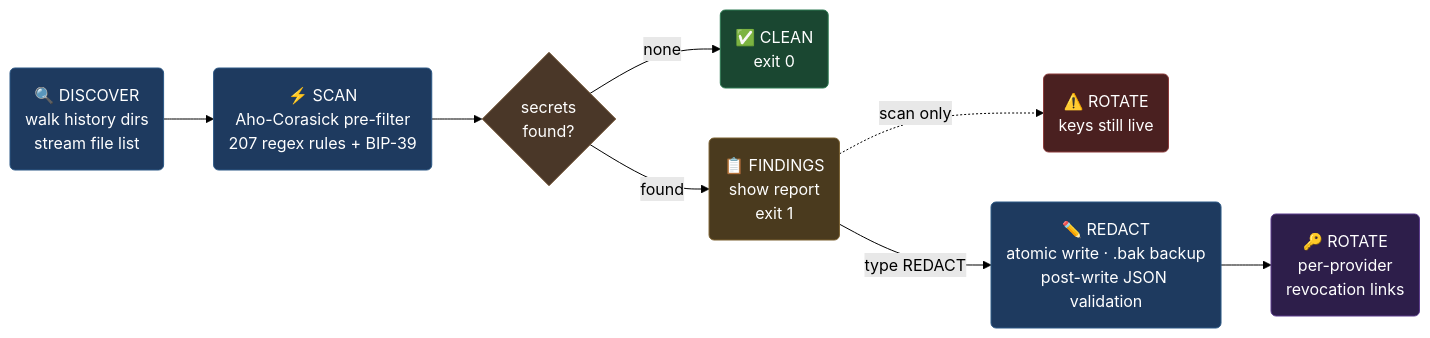
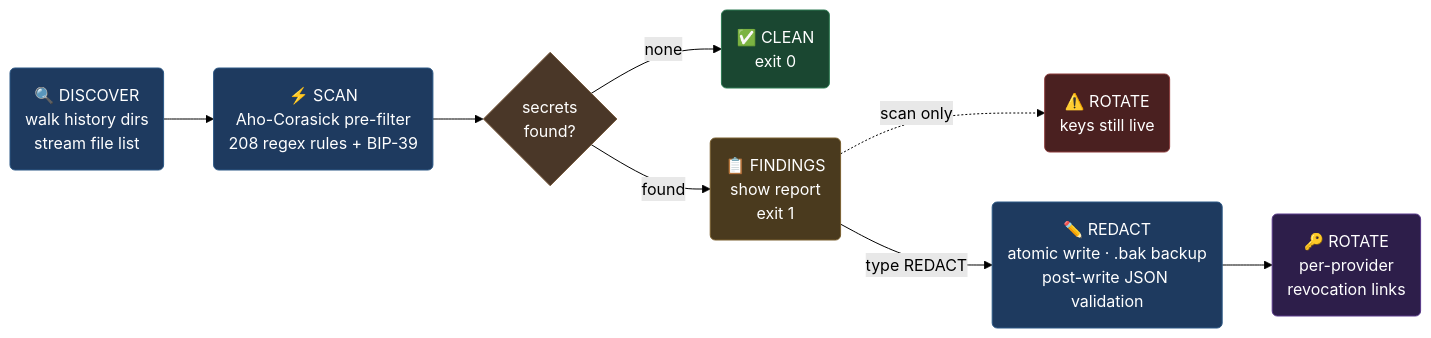
Before and after one commit to Ishannaik/agent-sweep: the diagram in README.md, drawn with Mermaid (forest theme).

Commit message:
docs: synchronize scanner rule count

````diff
--- a/README.md
+++ b/README.md
@@ -76,19 +76,19 @@
 ```mermaid
 flowchart LR
-    A("🔍 DISCOVER\nwalk history dirs\nstream file list") --> B("⚡ SCAN\nAho-Corasick pre-filter\n207 regex rules + BIP-39")
+    A("🔍 DISCOVER\nwalk history dirs\nstream file list") --> B("⚡ SCAN\nAho-Corasick pre-filter\n208 regex rules + BIP-39")
     B --> C{"secrets\nfound?"}
     C -- "none" --> D("✅ CLEAN\nexit 0")
     C -- "found" --> E("📋 FINDINGS\nshow report\nexit 1")
     E -. "scan only" .-> F("⚠️ ROTATE\nkeys still live")
     E -- "type REDACT" --> G("✏️ REDACT\natomic write · .bak backup\npost-write JSON validation")
     G --> H("🔑 ROTATE\nper-provider\nrevocation links")
 
     style A fill:#1e3a5f,color:#fff,stroke:#2d5986
     style B fill:#1e3a5f,color:#fff,stroke:#2d5986
     style C fill:#4a3728,color:#fff,stroke:#7a5c3f
     style D fill:#1a4731,color:#fff,stroke:#2d7a52
     style E fill:#4a3a1e,color:#fff,stroke:#7a6030
     style F fill:#4a2020,color:#fff,stroke:#8b3a3a
     style G fill:#1e3a5f,color:#fff,stroke:#2d5986
     style H fill:#2d1e4a,color:#fff,stroke:#5a3a8b
 ```
````
